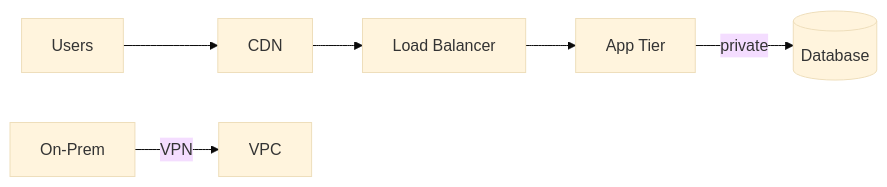
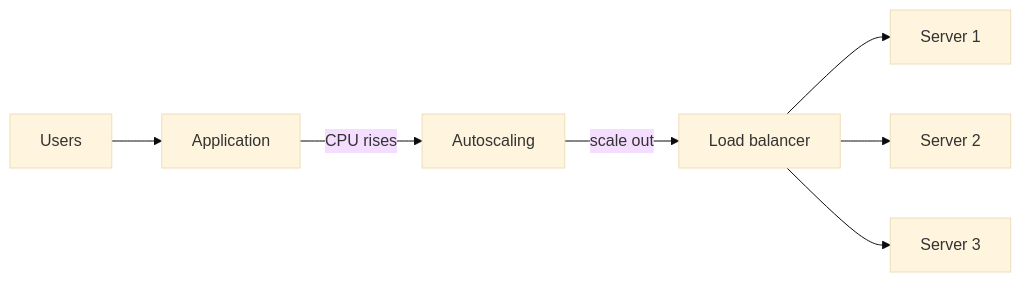
Before and after one commit to hareramcse/SystemDesign: the third of 24 diagrams in 11-cloud-and-kubernetes/README.md, drawn with Mermaid (base theme). The commit also changed other lines of this file, not shown here.

````diff
--- a/11-cloud-and-kubernetes/README.md
+++ b/11-cloud-and-kubernetes/README.md
@@ -541,8 +1840,9 @@
 ```mermaid
 flowchart LR
-    User[Users] --> CDN[CDN]
-    CDN --> ALB[Load Balancer]
-    ALB --> App[App Tier]
-    App -->|private| DB[(Database)]
-    OnPrem[On-Prem] -->|VPN| VPC[VPC]
+    Users[Users] --> App[Application]
+    App -->|CPU rises| AS[Autoscaling]
+    AS -->|scale out| LB[Load balancer]
+    LB --> S1[Server 1]
+    LB --> S2[Server 2]
+    LB --> S3[Server 3]
 ```
````
